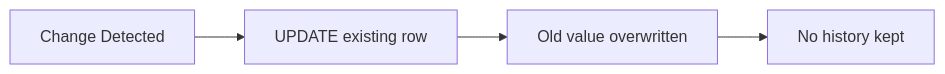
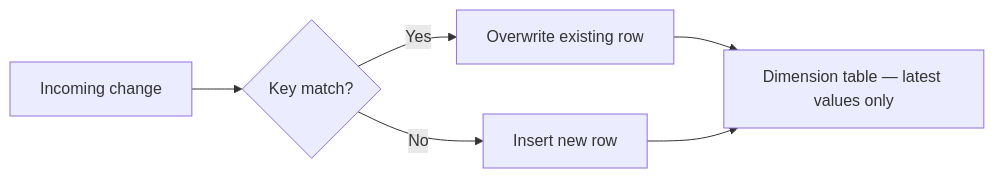
Before and after one commit to mahfooziiitian/spark-batch: the diagram in spark-sql/docs/scd/type1/index.md, drawn with Mermaid. The commit also changed other lines of this file and 312 other files, not shown here.

````diff
--- a/spark-sql/docs/scd/type1/index.md
+++ b/spark-sql/docs/scd/type1/index.md
@@ -5,6 +6,8 @@
 ```mermaid
 graph LR
-    A[Change Detected] --> B[UPDATE existing row]
-    B --> C[Old value overwritten]
-    C --> D[No history kept]
+    A[Incoming change] --> B{Key match?}
+    B -- Yes --> C[Overwrite existing row]
+    B -- No --> D[Insert new row]
+    C --> E[Dimension table — latest values only]
+    D --> E
 ```
````
